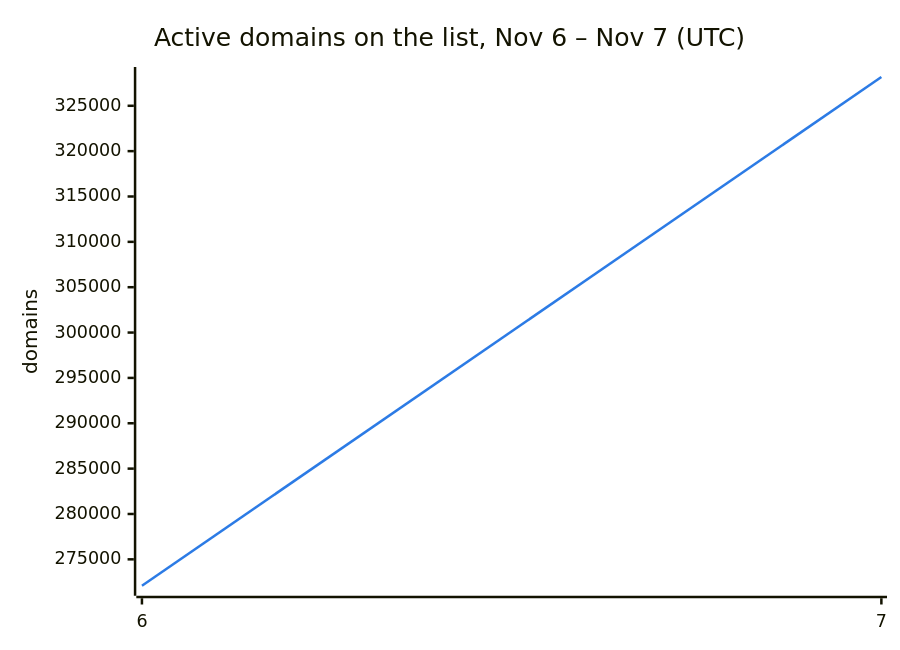
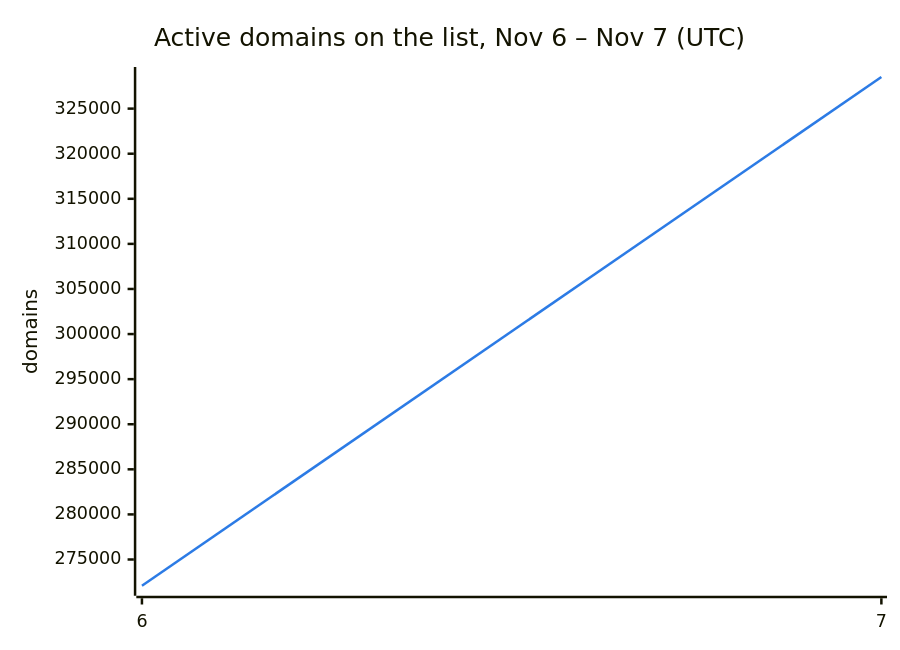
Before and after one commit to DNSBunker/CTI: the second of 3 diagrams in README.md, drawn with Mermaid. The commit also changed other lines of this file and 3 other files, not shown here.

````diff
--- a/README.md
+++ b/README.md
@@ -38,8 +38,8 @@
 ```mermaid
 %%{init: {"themeVariables": {"xyChart": {"plotColorPalette": "#2c7be5"}}}}%%
 xychart-beta
     title "Active domains on the list, Nov 6 – Nov 7 (UTC)"
     x-axis ["6", "7"]
     y-axis "domains"
-    line [272088, 328173]
+    line [272088, 328507]
 ```
````
